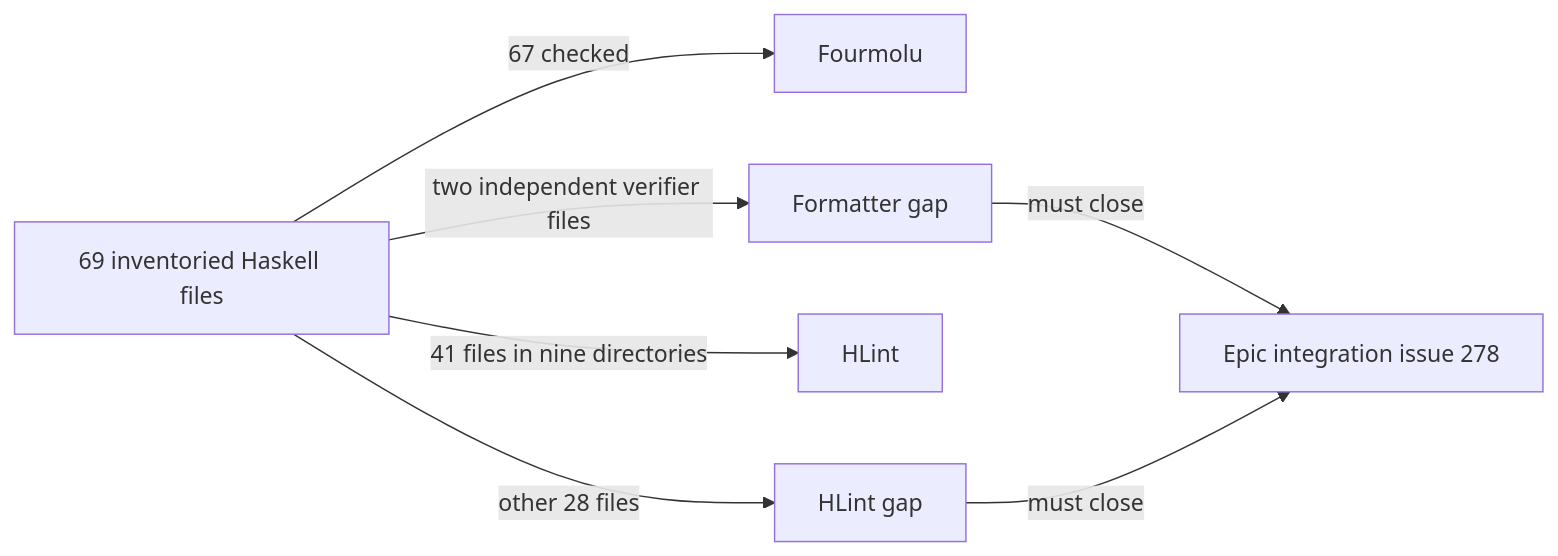
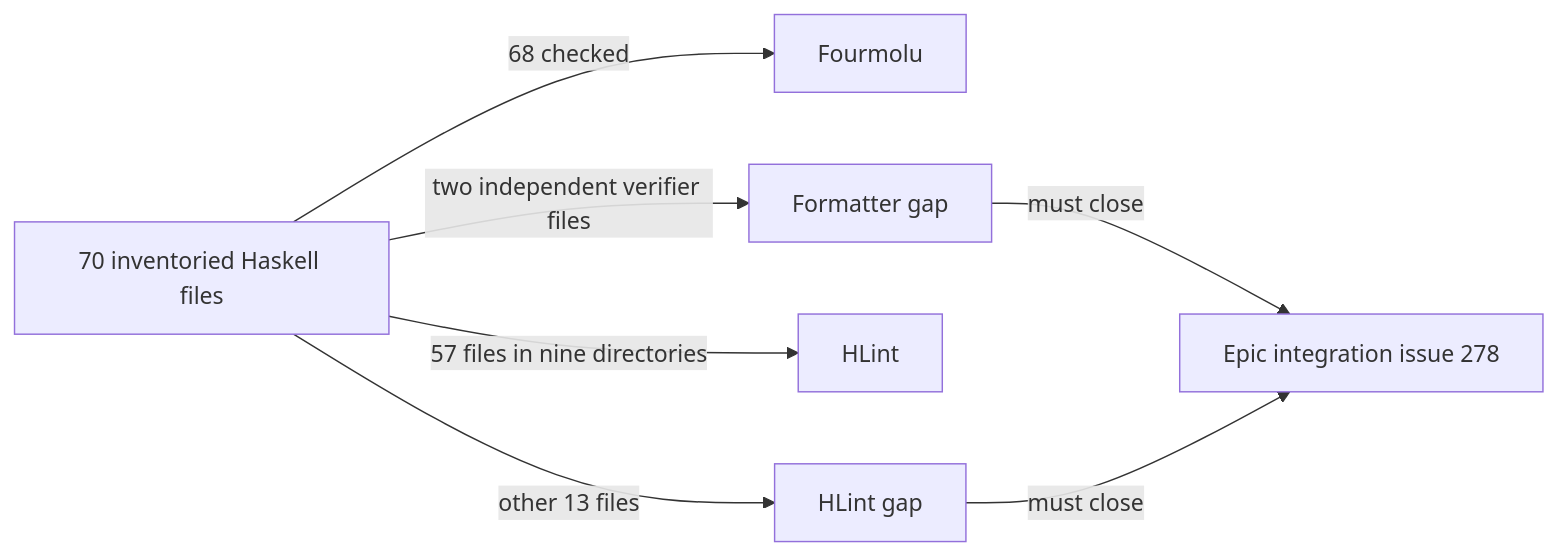
Before and after one commit to lambdasistemi/singular: the second of 2 diagrams in specs/264-haskell-lint-coverage/spec.md, drawn with Mermaid. The commit also changed other lines of this file and 5 other files, not shown here.

````diff
--- a/specs/264-haskell-lint-coverage/spec.md
+++ b/specs/264-haskell-lint-coverage/spec.md
@@ -101,9 +105,9 @@
 ```mermaid
 flowchart LR
-    A[69 inventoried Haskell files] -->|67 checked| F[Fourmolu]
+    A[70 inventoried Haskell files] -->|68 checked| F[Fourmolu]
     A -->|two independent verifier files| FV[Formatter gap]
-    A -->|41 files in nine directories| H[HLint]
-    A -->|other 28 files| HV[HLint gap]
+    A -->|57 files in nine directories| H[HLint]
+    A -->|other 13 files| HV[HLint gap]
     FV -->|must close| E[Epic integration issue 278]
     HV -->|must close| E
 ```
````
